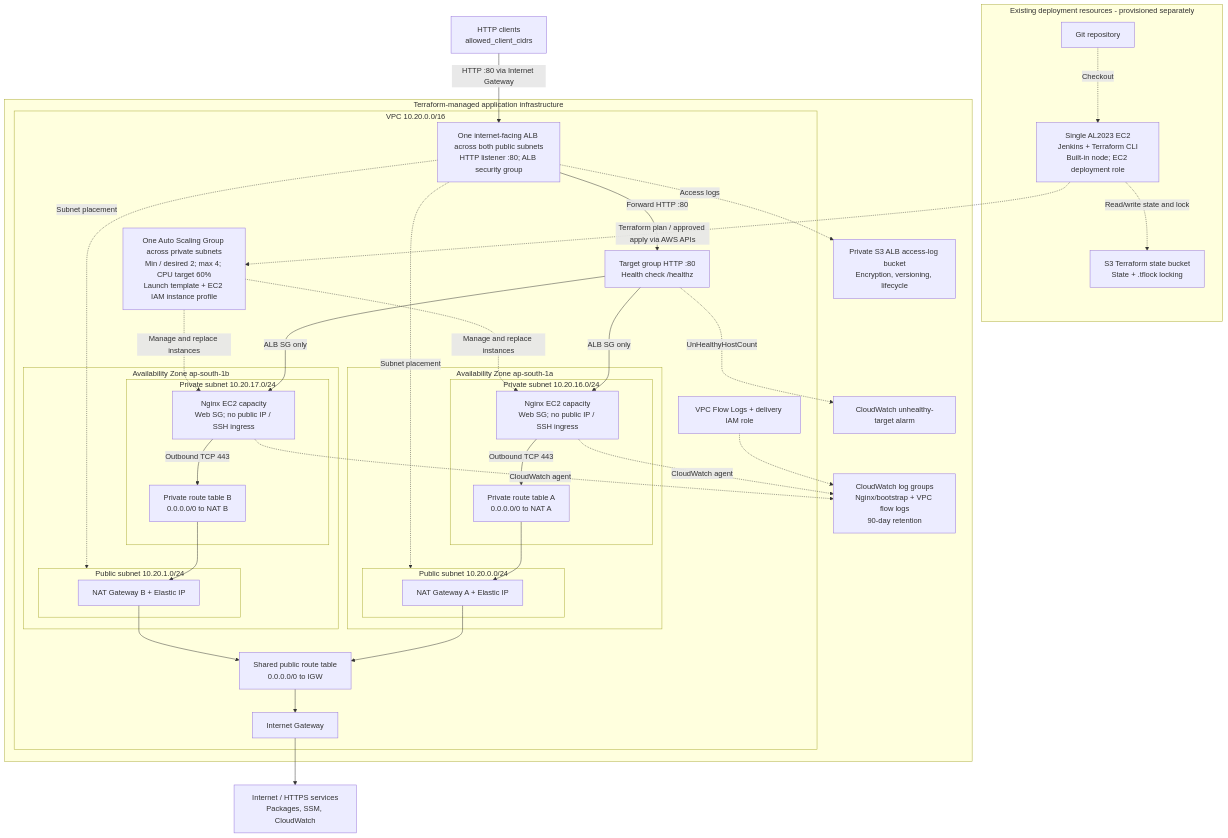
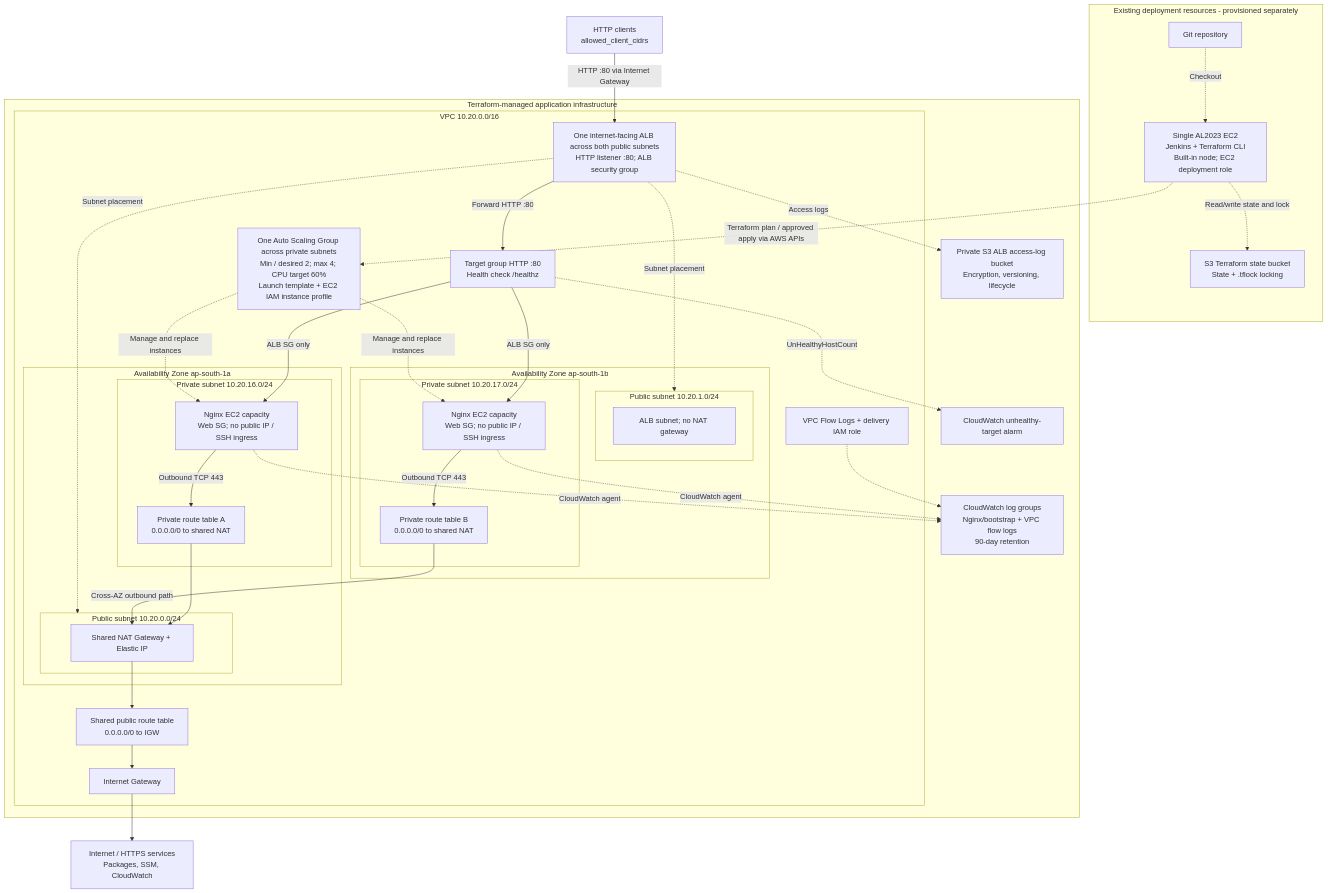
The diagram in README.md (sahil-gr/TF-aws), drawn with Mermaid before and after one commit. The commit also changed other lines of this file and 3 other files, not shown here.

````diff
--- a/README.md
+++ b/README.md
@@ -9,72 +9,71 @@
 ```mermaid
 flowchart TB
     clients["HTTP clients<br/>allowed_client_cidrs"]
     internet["Internet / HTTPS services<br/>Packages, SSM, CloudWatch"]
 
     subgraph external["Existing deployment resources - provisioned separately"]
         git["Git repository"]
         jenkins["Single AL2023 EC2<br/>Jenkins + Terraform CLI<br/>Built-in node; EC2 deployment role"]
         state["S3 Terraform state bucket<br/>State + .tflock locking"]
         git -.->|Checkout| jenkins
         jenkins -.->|Read/write state and lock| state
     end
 
     subgraph stack["Terraform-managed application infrastructure"]
         subgraph vpc["VPC 10.20.0.0/16"]
             igw["Internet Gateway"]
             publicrt["Shared public route table<br/>0.0.0.0/0 to IGW"]
             alb["One internet-facing ALB across both public subnets<br/>HTTP listener :80; ALB security group"]
             tg["Target group HTTP :80<br/>Health check /healthz"]
 
             subgraph aza["Availability Zone ap-south-1a"]
                 subgraph public_a["Public subnet 10.20.0.0/24"]
-                    nat_a["NAT Gateway A + Elastic IP"]
+                    nat_a["Shared NAT Gateway + Elastic IP"]
                 end
                 subgraph private_a["Private subnet 10.20.16.0/24"]
                     web_a["Nginx EC2 capacity<br/>Web SG; no public IP / SSH ingress"]
-                    route_a["Private route table A<br/>0.0.0.0/0 to NAT A"]
+                    route_a["Private route table A<br/>0.0.0.0/0 to shared NAT"]
                 end
             end
 
             subgraph azb["Availability Zone ap-south-1b"]
                 subgraph public_b["Public subnet 10.20.1.0/24"]
-                    nat_b["NAT Gateway B + Elastic IP"]
+                    public_b_note["ALB subnet; no NAT gateway"]
                 end
                 subgraph private_b["Private subnet 10.20.17.0/24"]
                     web_b["Nginx EC2 capacity<br/>Web SG; no public IP / SSH ingress"]
-                    route_b["Private route table B<br/>0.0.0.0/0 to NAT B"]
+                    route_b["Private route table B<br/>0.0.0.0/0 to shared NAT"]
                 end
             end
 
             asg["One Auto Scaling Group across private subnets<br/>Min / desired 2; max 4; CPU target 60%<br/>Launch template + EC2 IAM instance profile"]
             flow["VPC Flow Logs + delivery IAM role"]
         end
 
         logs["CloudWatch log groups<br/>Nginx/bootstrap + VPC flow logs<br/>90-day retention"]
         bucket["Private S3 ALB access-log bucket<br/>Encryption, versioning, lifecycle"]
         alarm["CloudWatch unhealthy-target alarm"]
     end
 
     clients -->|HTTP :80 via Internet Gateway| alb
     alb -->|Forward HTTP :80| tg
     alb -.->|Subnet placement| public_a
     alb -.->|Subnet placement| public_b
     tg -->|ALB SG only| web_a
     tg -->|ALB SG only| web_b
     asg -.->|Manage and replace instances| web_a
     asg -.->|Manage and replace instances| web_b
     web_a -->|Outbound TCP 443| route_a
     route_a --> nat_a
     web_b -->|Outbound TCP 443| route_b
-    route_b --> nat_b
+    route_b -->|Cross-AZ outbound path| nat_a
     nat_a --> publicrt
-    nat_b --> publicrt
     publicrt --> igw
     igw --> internet
     web_a -.->|CloudWatch agent| logs
     web_b -.->|CloudWatch agent| logs
     flow -.-> logs
     alb -.->|Access logs| bucket
     tg -.->|UnHealthyHostCount| alarm
     jenkins -.->|Terraform plan / approved apply via AWS APIs| asg
 ```
````
